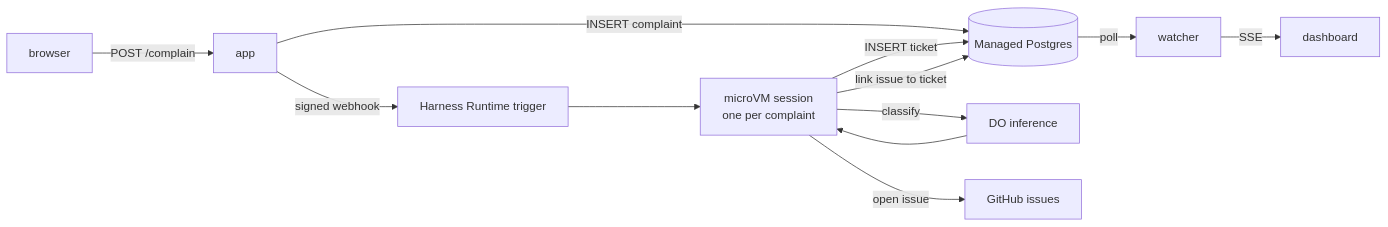
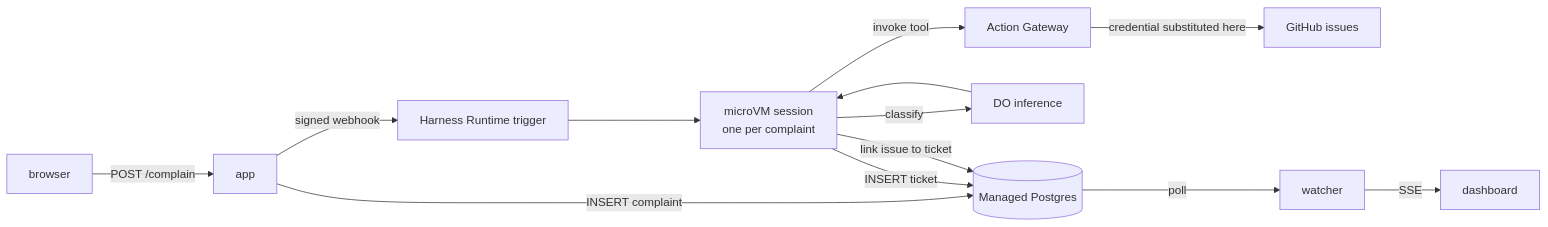
Before and after one commit to hgonzalez-do/facility_issue_demo: the diagram in docs/ARCHITECTURE.md, drawn with Mermaid. The commit also changed other lines of this file and 5 other files, not shown here.

````diff
--- a/docs/ARCHITECTURE.md
+++ b/docs/ARCHITECTURE.md
@@ -7,13 +7,14 @@
 ```mermaid
 flowchart LR
     B[browser] -->|POST /complain| A[app]
     A -->|INSERT complaint| PG[(Managed Postgres)]
     A -->|signed webhook| T[Harness Runtime trigger]
     T --> V[microVM session<br/>one per complaint]
     V -->|classify| I[DO inference]
     I --> V
     V -->|INSERT ticket| PG
-    V -->|open issue| GH[GitHub issues]
+    V -->|invoke tool| AG[Action Gateway]
+    AG -->|credential substituted here| GH[GitHub issues]
     V -->|link issue to ticket| PG
     PG -->|poll| W[watcher] -->|SSE| D[dashboard]
 ```
````
